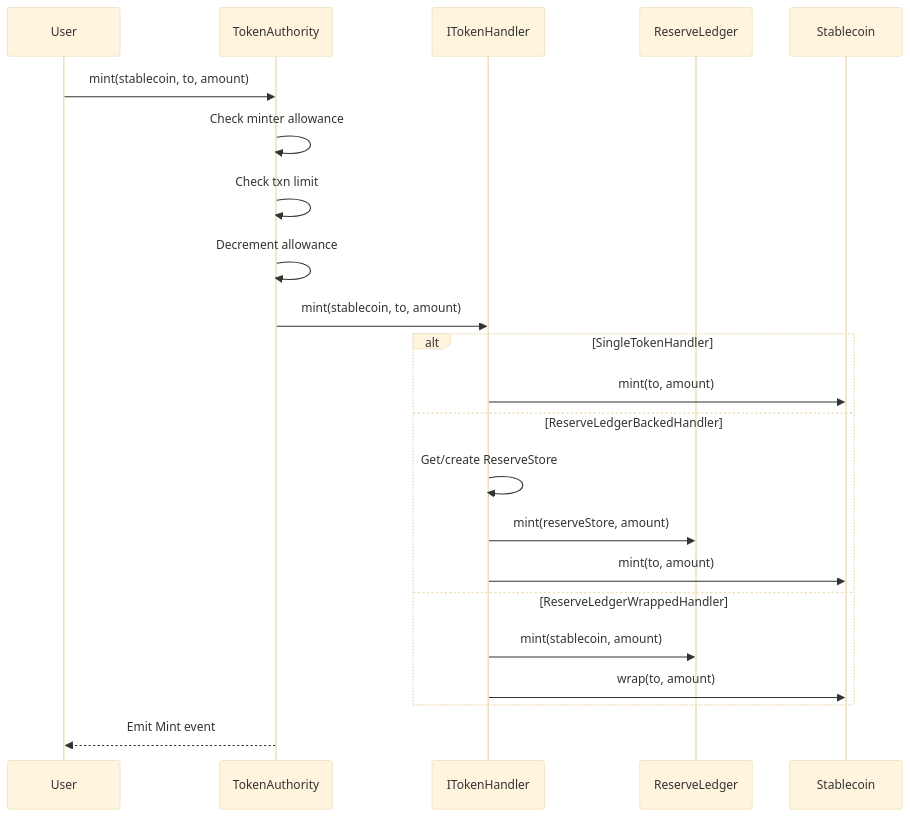
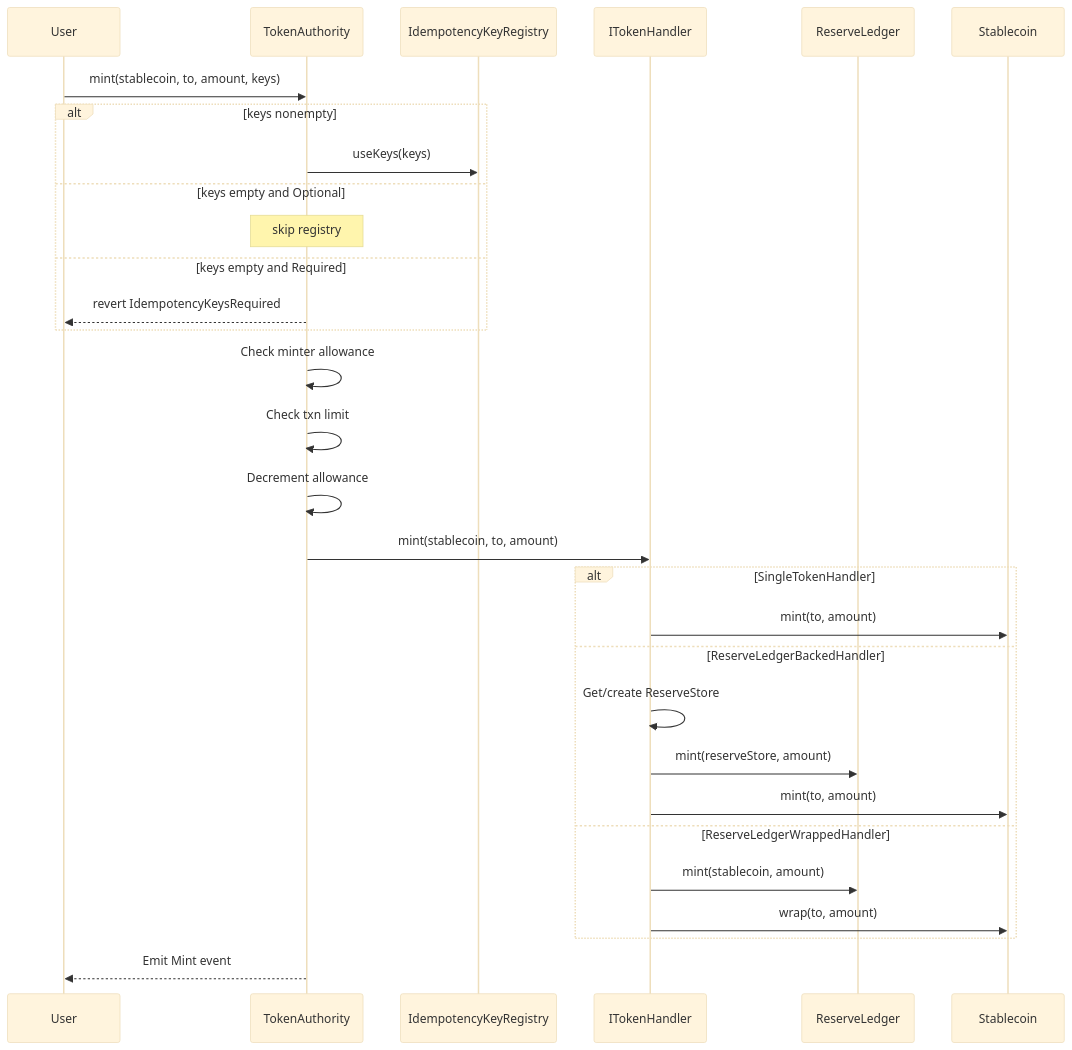
Before and after one commit to withbridge/erc20-stablecoin-template: the first of 8 diagrams in docs/FLOWS.md, drawn with Mermaid (base theme). The commit also changed other lines of this file and 31 other files, not shown here.

Commit message:
update registry to track idempotency keys

````diff
--- a/docs/FLOWS.md
+++ b/docs/FLOWS.md
@@ -7,27 +7,35 @@
 ```mermaid
 sequenceDiagram
     participant User
     participant TA as TokenAuthority
+    participant Registry as IdempotencyKeyRegistry
     participant Handler as ITokenHandler
     participant RL as ReserveLedger
     participant SC as Stablecoin
 
-    User->>TA: mint(stablecoin, to, amount)
+    User->>TA: mint(stablecoin, to, amount, keys)
+    alt keys nonempty
+        TA->>Registry: useKeys(keys)
+    else keys empty and Optional
+        Note over TA: skip registry
+    else keys empty and Required
+        TA-->>User: revert IdempotencyKeysRequired
+    end
     TA->>TA: Check minter allowance
     TA->>TA: Check txn limit
     TA->>TA: Decrement allowance
     TA->>Handler: mint(stablecoin, to, amount)
 
     alt SingleTokenHandler
         Handler->>SC: mint(to, amount)
     else ReserveLedgerBackedHandler
         Handler->>Handler: Get/create ReserveStore
         Handler->>RL: mint(reserveStore, amount)
         Handler->>SC: mint(to, amount)
     else ReserveLedgerWrappedHandler
         Handler->>RL: mint(stablecoin, amount)
         Handler->>SC: wrap(to, amount)
     end
 
     TA-->>User: Emit Mint event
 ```
````
